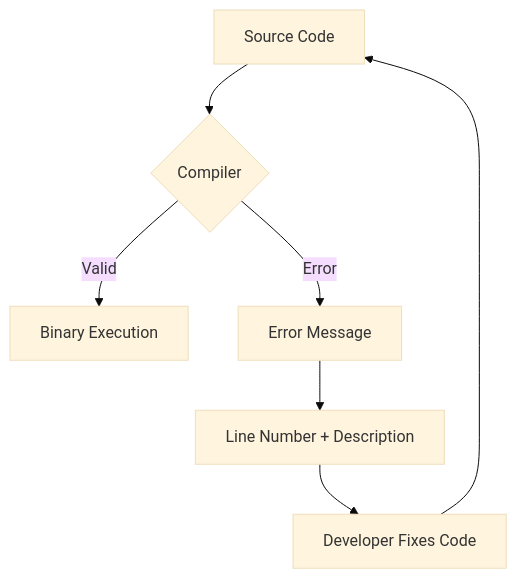
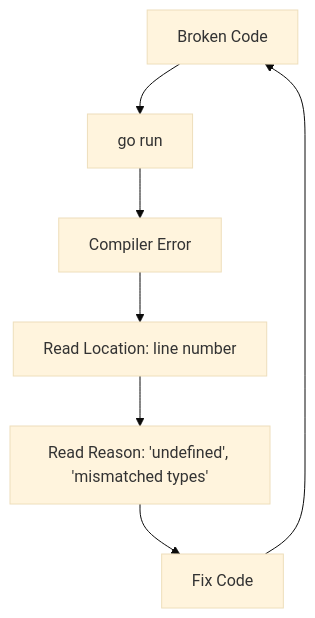
One commit to rasel9t6/the-go-engineer changed the diagram in 01-getting-started/6-reading-compiler-errors/README.md. Above: the diagram before and after it, drawn with Mermaid (base theme). The commit also changed other lines of this file and 15 other files, not shown here.

````diff
--- a/01-getting-started/6-reading-compiler-errors/README.md
+++ b/01-getting-started/6-reading-compiler-errors/README.md
@@ -21,9 +18,9 @@
 ```mermaid
 graph TD
-    A["Source Code"] --> B{"Compiler"}
-    B -- "Valid" --> C["Binary Execution"]
-    B -- "Error" --> D["Error Message"]
-    D --> E["Line Number + Description"]
-    E --> F["Developer Fixes Code"]
+    A["Broken Code"] --> B["go run"]
+    B --> C["Compiler Error"]
+    C --> D["Read Location: line number"]
+    D --> E["Read Reason: 'undefined', 'mismatched types'"]
+    E --> F["Fix Code"]
     F --> A
 ```
````
